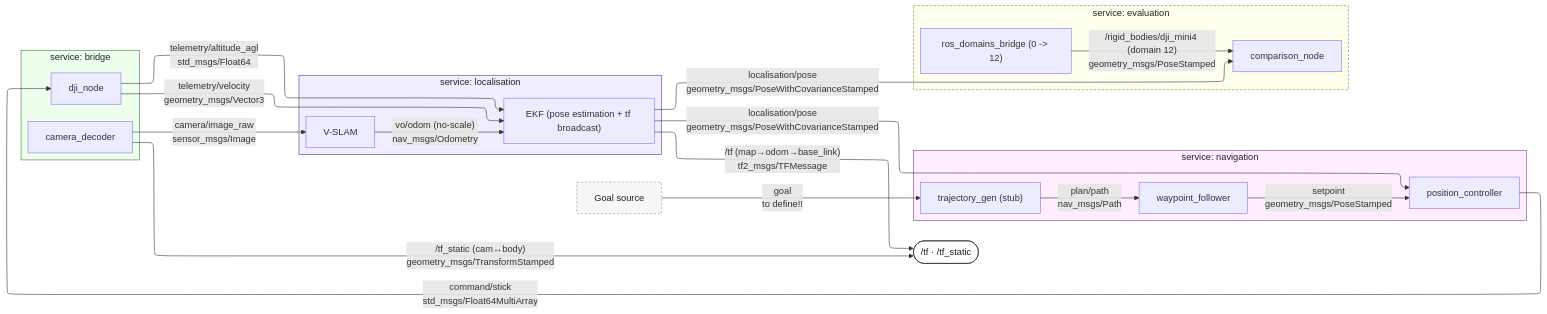
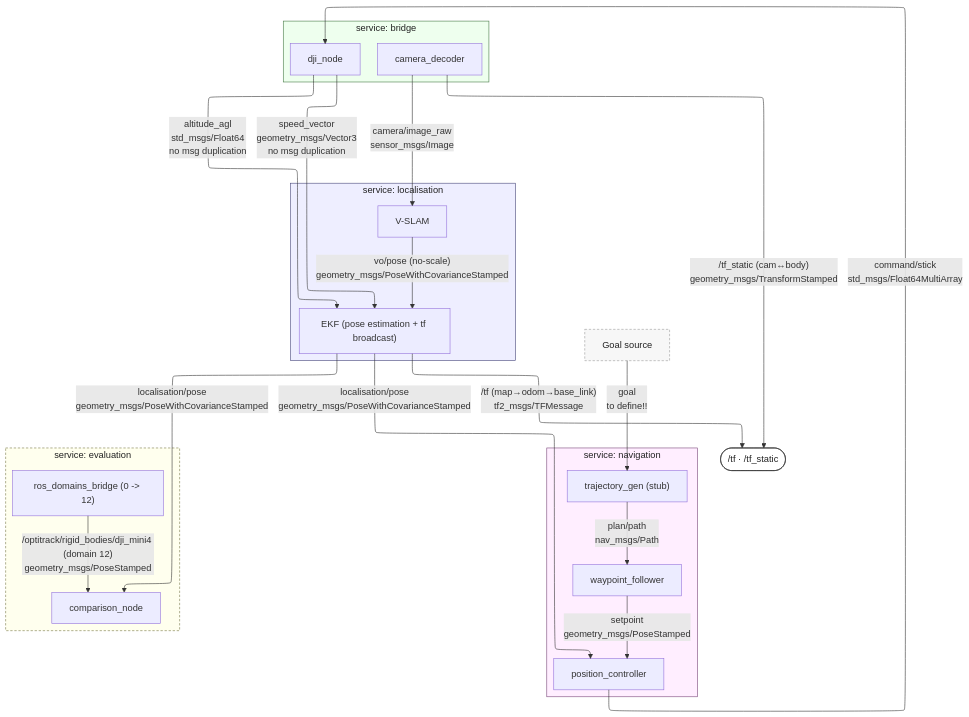
One commit to cristhianpoveda/path_planning_aerial_inspection changed the diagram in docs/node_graph.mmd. Above: the diagram before and after it, drawn with Mermaid. The commit also changed 5 other files, not shown here.

```diff
--- a/docs/node_graph.mmd
+++ b/docs/node_graph.mmd
@@ -1,71 +1,71 @@
 ---
 config:
   layout: elk
 ---
 
-flowchart LR
+flowchart TB
 
     %% DEFINE GOAL SOURCE
     GOALSRC["Goal source"]
 
     %% BRIDGE service
     subgraph BRIDGE["service: bridge"]
         DJI["dji_node"]
         DEC["camera_decoder"]
     end
 
     %% LOCALISATION service
     subgraph LOC["service: localisation"]
         SLAM["V-SLAM"]
         EKF["EKF (pose estimation + tf broadcast)"]
     end
 
     %% NAVIGATION service
     subgraph NAV["service: navigation"]
         TRAJ["trajectory_gen (stub)"]
         WPF["waypoint_follower"]
         PC["position_controller"]
     end
 
     %% EVALUATION service (dev-only)
     subgraph EVAL["service: evaluation"]
         DB["ros_domains_bridge (0 -> 12)"]
         CMP["comparison_node"]
     end
 
     %% Just to show the relation to my nodes
     TF([" /tf · /tf_static "])
 
     %% --- perception ---
     DEC -->|"camera/image_raw<br/>sensor_msgs/Image"| SLAM
 
     %% --- telemetry into EKF (stamped with measurement time) ---
-    DJI -->|"telemetry/velocity<br/>geometry_msgs/Vector3"| EKF
-    DJI -->|"telemetry/altitude_agl<br/>std_msgs/Float64"| EKF
+    DJI -->|"speed_vector<br/>geometry_msgs/Vector3<br/>no msg duplication"| EKF
+    DJI -->|"altitude_agl<br/>std_msgs/Float64<br/>no msg duplication"| EKF
 
     %% --- localisation internal + output ---
-    SLAM -->|"vo/odom (no-scale)<br/>nav_msgs/Odometry"| EKF
+    SLAM -->|"vo/pose (no-scale)<br/>geometry_msgs/PoseWithCovarianceStamped"| EKF
     EKF -->|"localisation/pose<br/>geometry_msgs/PoseWithCovarianceStamped"| PC
 
     %% --- navigation chain ---
     GOALSRC -->|"goal<br/>to define!!"| TRAJ
     TRAJ -->|"plan/path<br/>nav_msgs/Path"| WPF
     WPF -->|"setpoint<br/>geometry_msgs/PoseStamped"| PC
     PC -->|"command/stick<br/>std_msgs/Float64MultiArray"| DJI
 
     %% --- evaluation (dev-only) ---
     EKF -->|"localisation/pose<br/>geometry_msgs/PoseWithCovarianceStamped"| CMP
-    DB -->|"/rigid_bodies/dji_mini4 (domain 12)<br/>geometry_msgs/PoseStamped"| CMP
+    DB -->|"/optitrack/rigid_bodies/dji_mini4 (domain 12)<br/>geometry_msgs/PoseStamped"| CMP
 
     %% --- tf publications (broadcast bus) ---
     DEC -->|"/tf_static (cam&harr;body)<br/>geometry_msgs/TransformStamped"| TF
     EKF -->|"/tf (map&rarr;odom&rarr;base_link)<br/>tf2_msgs/TFMessage"| TF
 
     %% /telemetry/satellite_count if switches indoor and outdoor
 
     style BRIDGE fill:#efe,stroke:#474,color:#222
     style LOC fill:#eef,stroke:#447,color:#222
     style NAV fill:#fef,stroke:#747,color:#222
     style EVAL fill:#ffe,stroke:#774,color:#222,stroke-dasharray:4 3
     style GOALSRC fill:#f7f7f7,stroke:#999,color:#222,stroke-dasharray:4 3
     style TF fill:#fff,stroke:#333,color:#222
```
